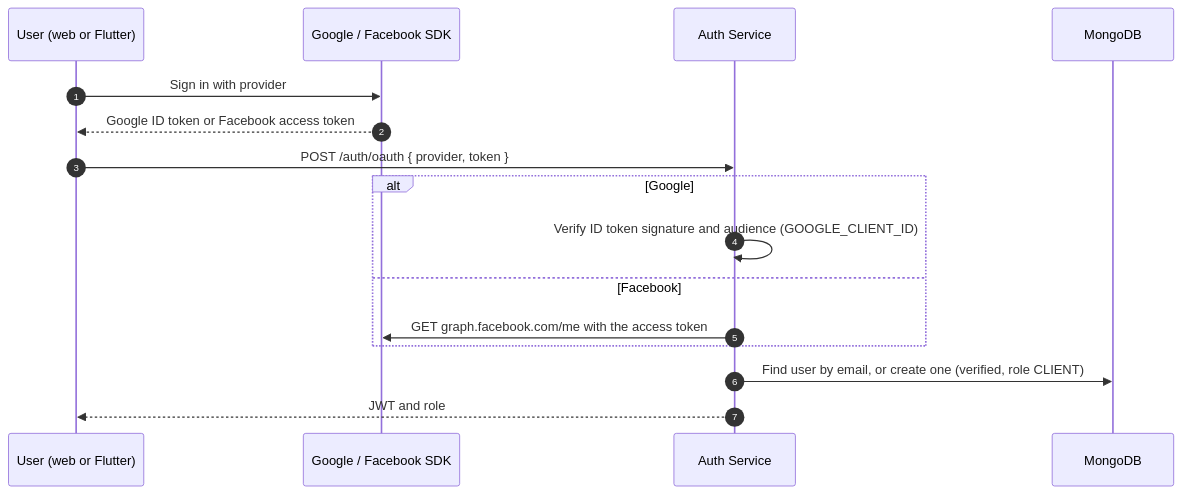
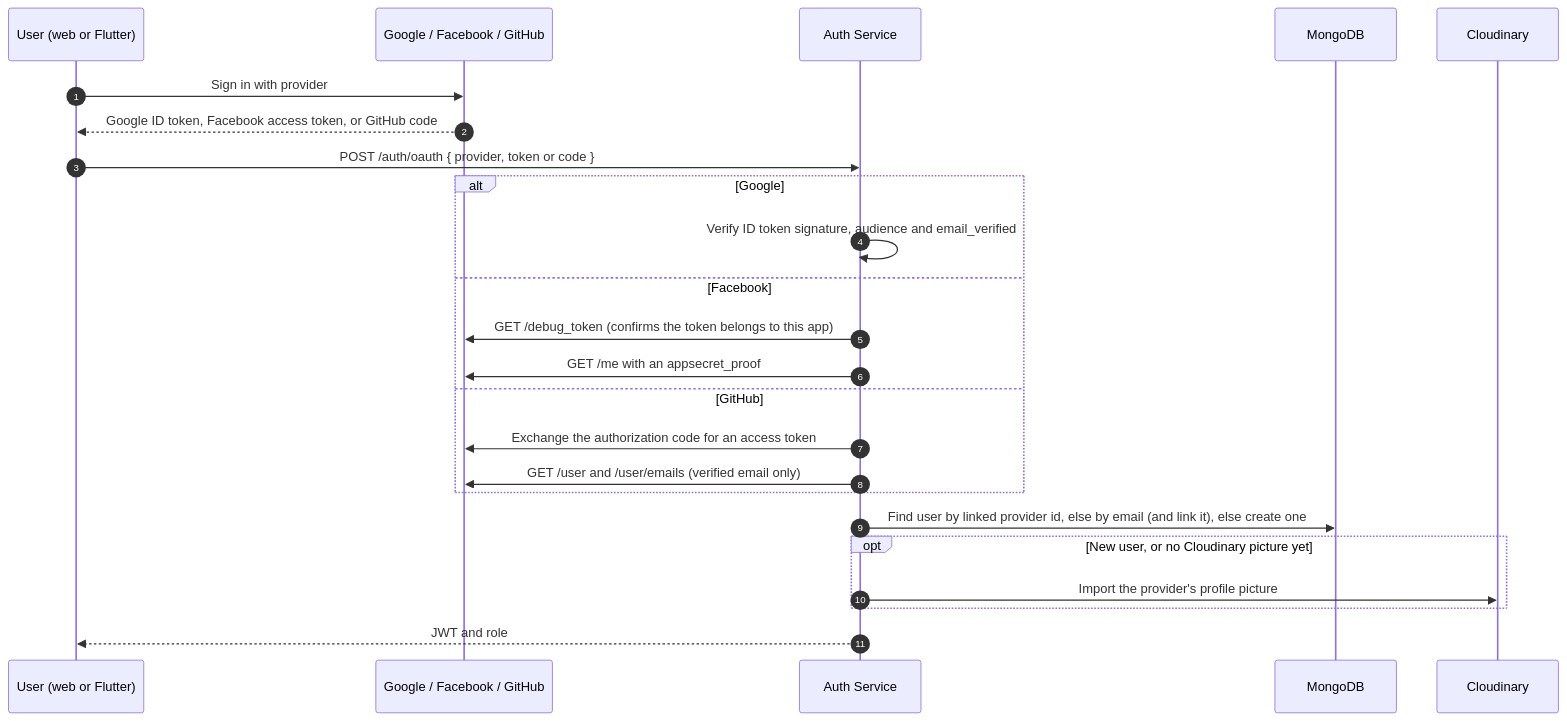
The third of 3 diagrams in README.md (peacemakerbill/premisave_auth_service), drawn with Mermaid before and after one commit. The commit also changed other lines of this file, not shown here.

First line of the commit message:
Update README for Google/Facebook/GitHub sign-in and secret hygiene changes

````diff
--- a/README.md
+++ b/README.md
@@ -195,19 +197,27 @@
 ```mermaid
 sequenceDiagram
     autonumber
     participant U as User (web or Flutter)
-    participant P as Google / Facebook SDK
+    participant P as Google / Facebook / GitHub
     participant AS as Auth Service
     participant DB as MongoDB
+    participant C as Cloudinary
 
     U->>P: Sign in with provider
-    P-->>U: Google ID token or Facebook access token
-    U->>AS: POST /auth/oauth { provider, token }
+    P-->>U: Google ID token, Facebook access token, or GitHub code
+    U->>AS: POST /auth/oauth { provider, token or code }
     alt Google
-        AS->>AS: Verify ID token signature and audience (GOOGLE_CLIENT_ID)
+        AS->>AS: Verify ID token signature, audience and email_verified
     else Facebook
-        AS->>P: GET graph.facebook.com/me with the access token
+        AS->>P: GET /debug_token (confirms the token belongs to this app)
+        AS->>P: GET /me with an appsecret_proof
+    else GitHub
+        AS->>P: Exchange the authorization code for an access token
+        AS->>P: GET /user and /user/emails (verified email only)
     end
-    AS->>DB: Find user by email, or create one (verified, role CLIENT)
+    AS->>DB: Find user by linked provider id, else by email (and link it), else create one
+    opt New user, or no Cloudinary picture yet
+        AS->>C: Import the provider's profile picture
+    end
     AS-->>U: JWT and role
 ```
````
